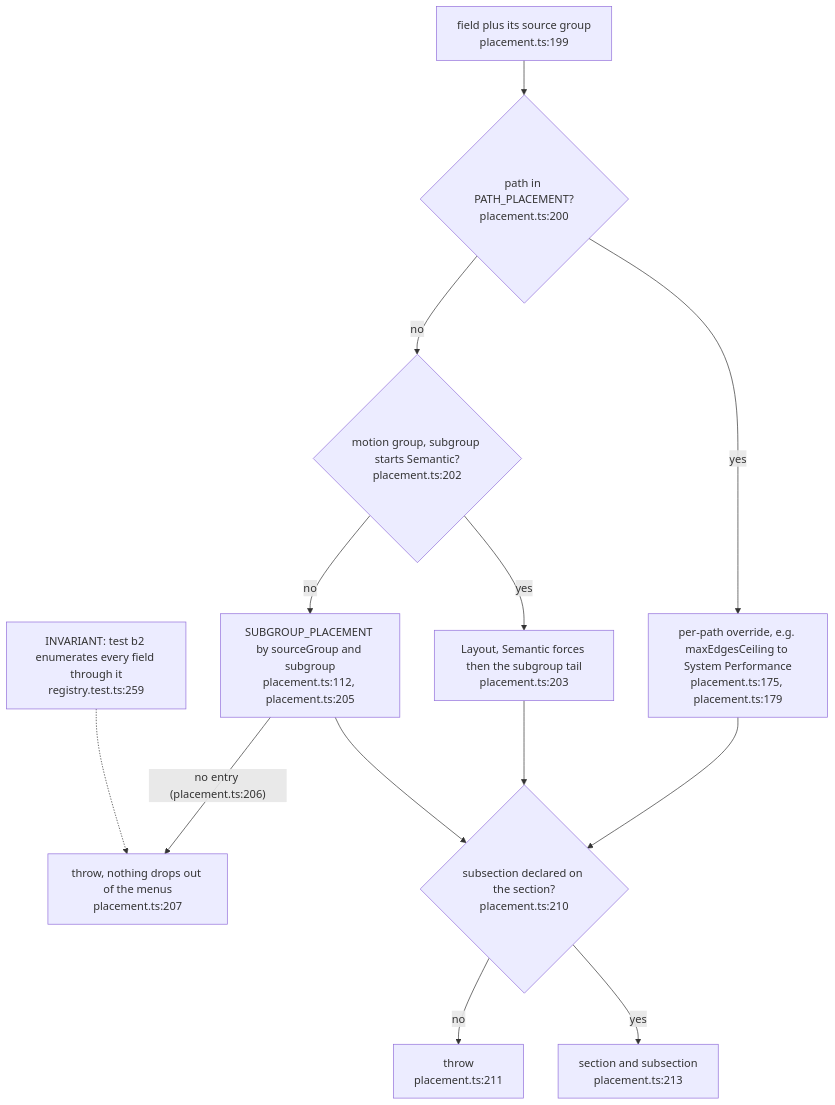
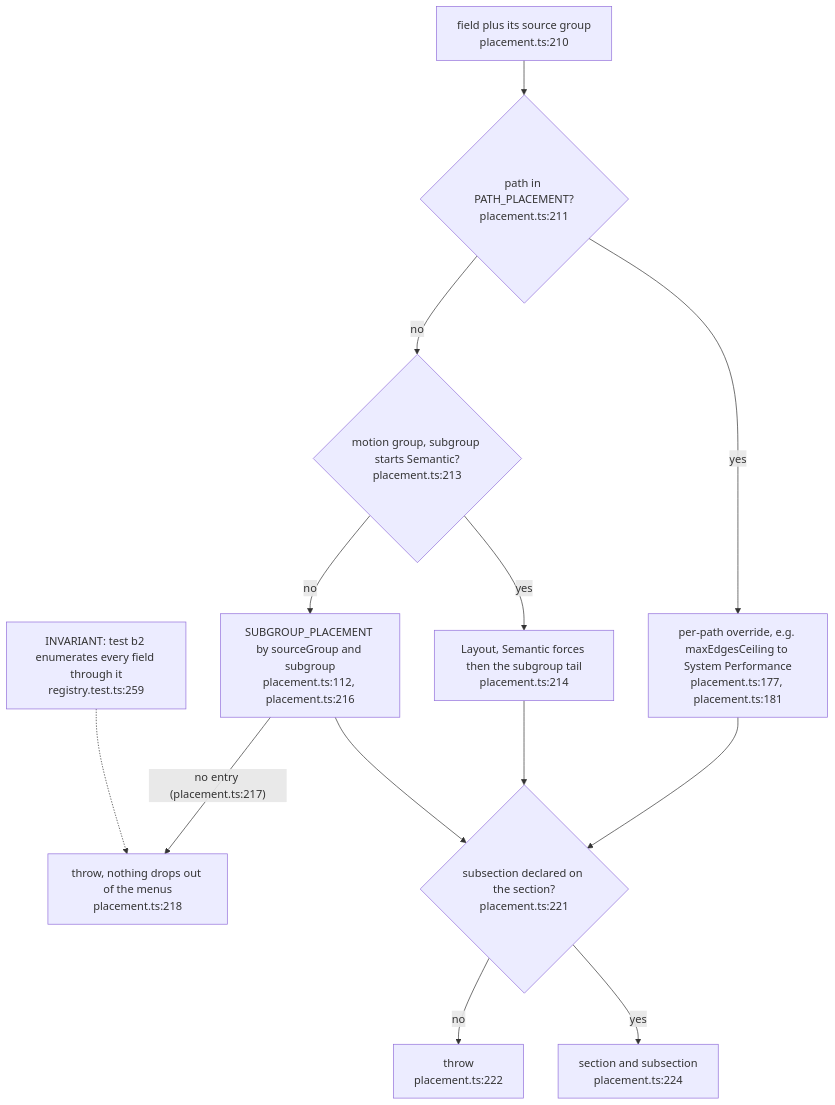
The second of 12 diagrams in docs/diagrams/visionclaw/57-control-centre-ia-and-drawer.md (DreamLab-AI/VisionFlow), drawn with Mermaid before and after one commit. The commit also changed other lines of this file and 46 other files, not shown here.

Commit message:
docs(diagrams): re-verify VisionClaw topics at 809a859aa/a950f4d80 after the consolidation pass

````diff
--- a/docs/diagrams/visionclaw/57-control-centre-ia-and-drawer.md
+++ b/docs/diagrams/visionclaw/57-control-centre-ia-and-drawer.md
@@ -98,15 +110,15 @@
 ```mermaid
 flowchart TB
-    IN["field plus its source group<br/>placement.ts:199"] --> P1{"path in PATH_PLACEMENT?<br/>placement.ts:200"}
-    P1 -->|yes| OV["per-path override, e.g. maxEdgesCeiling to System Performance<br/>placement.ts:175, placement.ts:179"]
-    P1 -->|no| P2{"motion group, subgroup starts Semantic?<br/>placement.ts:202"}
-    P2 -->|yes| SEM["Layout, Semantic forces then the subgroup tail<br/>placement.ts:203"]
-    P2 -->|no| P3["SUBGROUP_PLACEMENT by sourceGroup and subgroup<br/>placement.ts:112, placement.ts:205"]
-    P3 -->|"no entry (placement.ts:206)"| THROW["throw, nothing drops out of the menus<br/>placement.ts:207"]
-    OV --> CHK{"subsection declared on the section?<br/>placement.ts:210"}
+    IN["field plus its source group<br/>placement.ts:210"] --> P1{"path in PATH_PLACEMENT?<br/>placement.ts:211"}
+    P1 -->|yes| OV["per-path override, e.g. maxEdgesCeiling to System Performance<br/>placement.ts:177, placement.ts:181"]
+    P1 -->|no| P2{"motion group, subgroup starts Semantic?<br/>placement.ts:213"}
+    P2 -->|yes| SEM["Layout, Semantic forces then the subgroup tail<br/>placement.ts:214"]
+    P2 -->|no| P3["SUBGROUP_PLACEMENT by sourceGroup and subgroup<br/>placement.ts:112, placement.ts:216"]
+    P3 -->|"no entry (placement.ts:217)"| THROW["throw, nothing drops out of the menus<br/>placement.ts:218"]
+    OV --> CHK{"subsection declared on the section?<br/>placement.ts:221"}
     SEM --> CHK
     P3 --> CHK
-    CHK -->|no| THROW2["throw<br/>placement.ts:211"]
-    CHK -->|yes| OUT["section and subsection<br/>placement.ts:213"]
+    CHK -->|no| THROW2["throw<br/>placement.ts:222"]
+    CHK -->|yes| OUT["section and subsection<br/>placement.ts:224"]
     T["INVARIANT: test b2 enumerates every field through it<br/>registry.test.ts:259"] -.-> THROW
 ```
````
